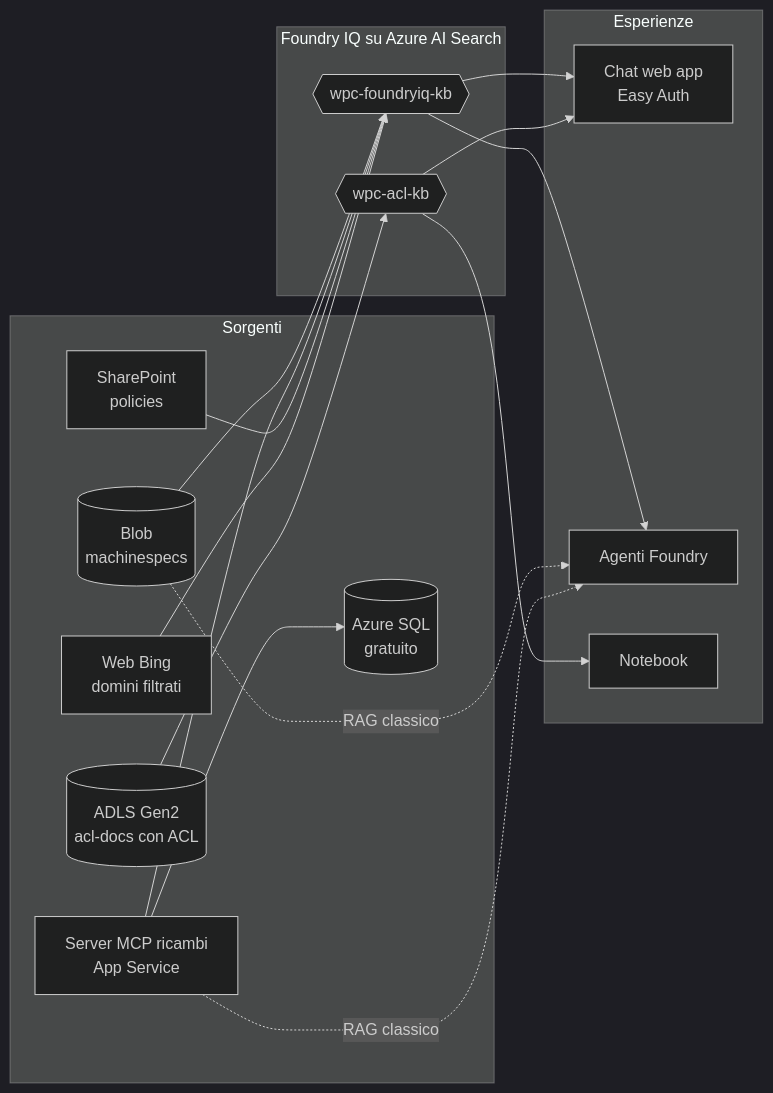
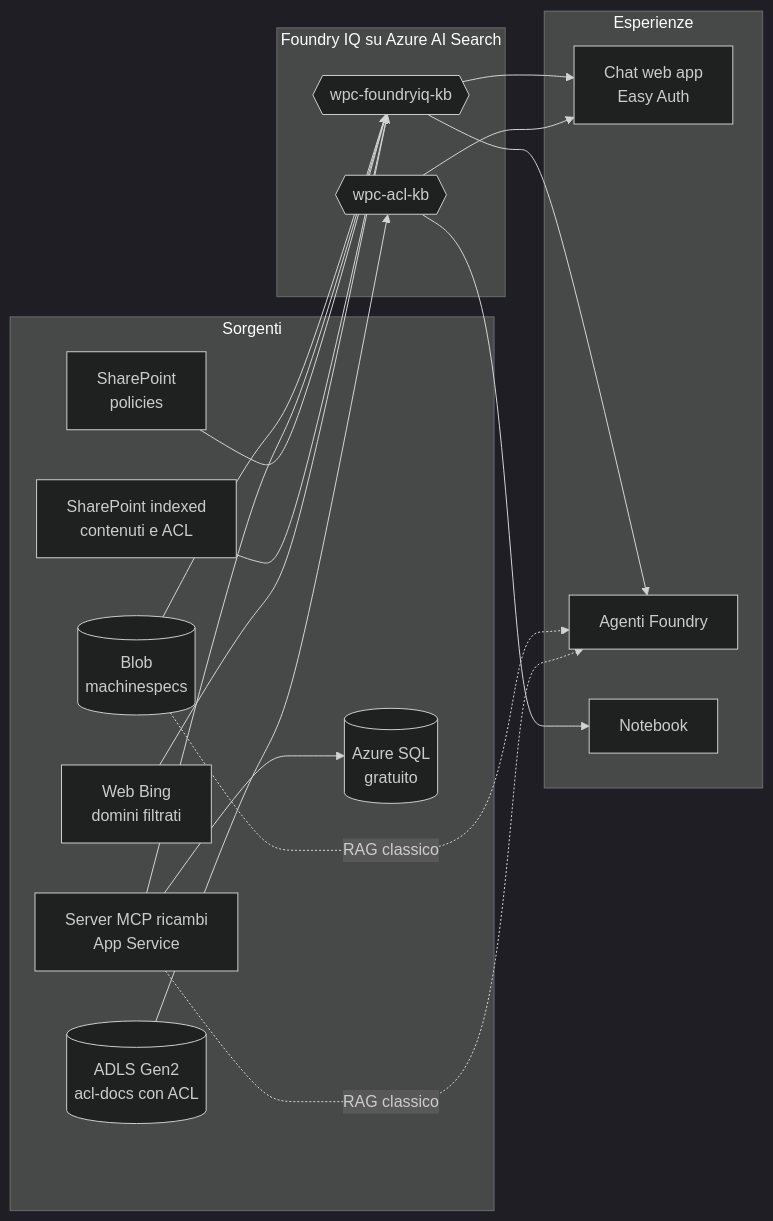
One commit to congiuluc/wpc2026-foundryiq-demo changed the diagram in README.md. Above: the diagram before and after it, drawn with Mermaid (dark theme). The commit also changed other lines of this file and 128 other files, not shown here.

````diff
--- a/README.md
+++ b/README.md
@@ -24,32 +30,34 @@
 ```mermaid
 flowchart LR
     subgraph Sorgenti
         BLOB[(Blob<br/>machinespecs)]
         MCP[Server MCP ricambi<br/>App Service]
         SQL[(Azure SQL<br/>gratuito)]
         SP[SharePoint<br/>policies]
+        SPI[SharePoint indexed<br/>contenuti e ACL]
         BING[Web Bing<br/>domini filtrati]
         ADLS[(ADLS Gen2<br/>acl-docs con ACL)]
     end
     subgraph FIQ["Foundry IQ su Azure AI Search"]
         KB1{{wpc-foundryiq-kb}}
         KB2{{wpc-acl-kb}}
     end
     subgraph Esperienze
         CHAT[Chat web app<br/>Easy Auth]
         AG[Agenti Foundry]
         NB[Notebook]
     end
     MCP --> SQL
     BLOB --> KB1
     MCP --> KB1
     SP --> KB1
+    SPI --> KB1
     BING --> KB1
     ADLS --> KB2
     KB1 --> CHAT
     KB2 --> CHAT
     KB1 --> AG
     KB2 --> NB
     BLOB -. RAG classico .-> AG
     MCP -. RAG classico .-> AG
 ```
````
